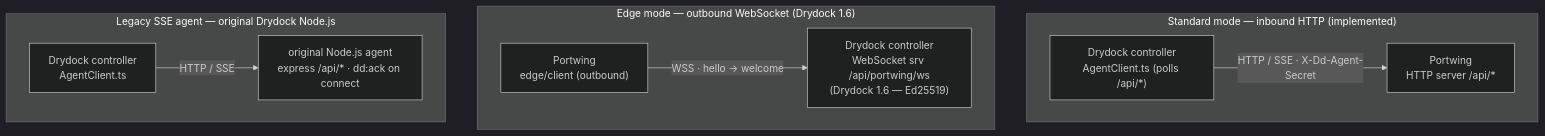
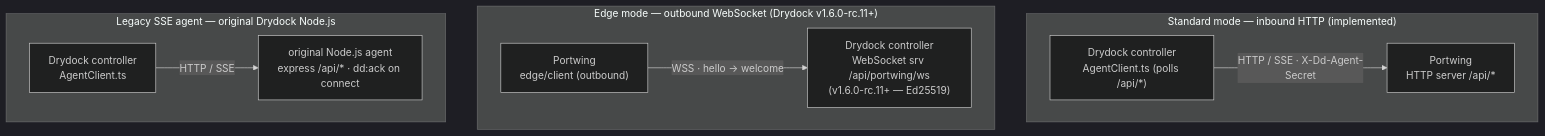
One commit to CodesWhat/portwing changed the first of 3 diagrams in docs/drydock-integration.md. Above: the diagram before and after it, drawn with Mermaid (dark theme). The commit also changed other lines of this file and 72 other files, not shown here.

First line of the commit message:
✨ feat(drydock): complete controller-owned edge transport (#81)

````diff
--- a/docs/drydock-integration.md
+++ b/docs/drydock-integration.md
@@ -9,23 +9,23 @@
 ```mermaid
 flowchart TB
     subgraph std ["Standard mode — inbound HTTP (implemented)"]
         direction LR
         SC["Drydock controller<br/>AgentClient.ts (polls /api/*)"]
         SL["Portwing<br/>HTTP server /api/*"]
         SC -- "HTTP / SSE · X-Dd-Agent-Secret" --> SL
     end
 
-    subgraph edge ["Edge mode — outbound WebSocket (Drydock 1.6)"]
+    subgraph edge ["Edge mode — outbound WebSocket (Drydock v1.6.0-rc.11+)"]
         direction LR
         EL["Portwing<br/>edge/client (outbound)"]
-        EC["Drydock controller<br/>WebSocket srv /api/portwing/ws<br/>(Drydock 1.6 — Ed25519)"]
+        EC["Drydock controller<br/>WebSocket srv /api/portwing/ws<br/>(v1.6.0-rc.11+ — Ed25519)"]
         EL -- "WSS · hello → welcome" --> EC
     end
 
     subgraph legacy ["Legacy SSE agent — original Drydock Node.js"]
         direction LR
         LC["Drydock controller<br/>AgentClient.ts"]
         LL["original Node.js agent<br/>express /api/* · dd:ack on connect"]
         LC -- "HTTP / SSE" --> LL
     end
 ```
````
